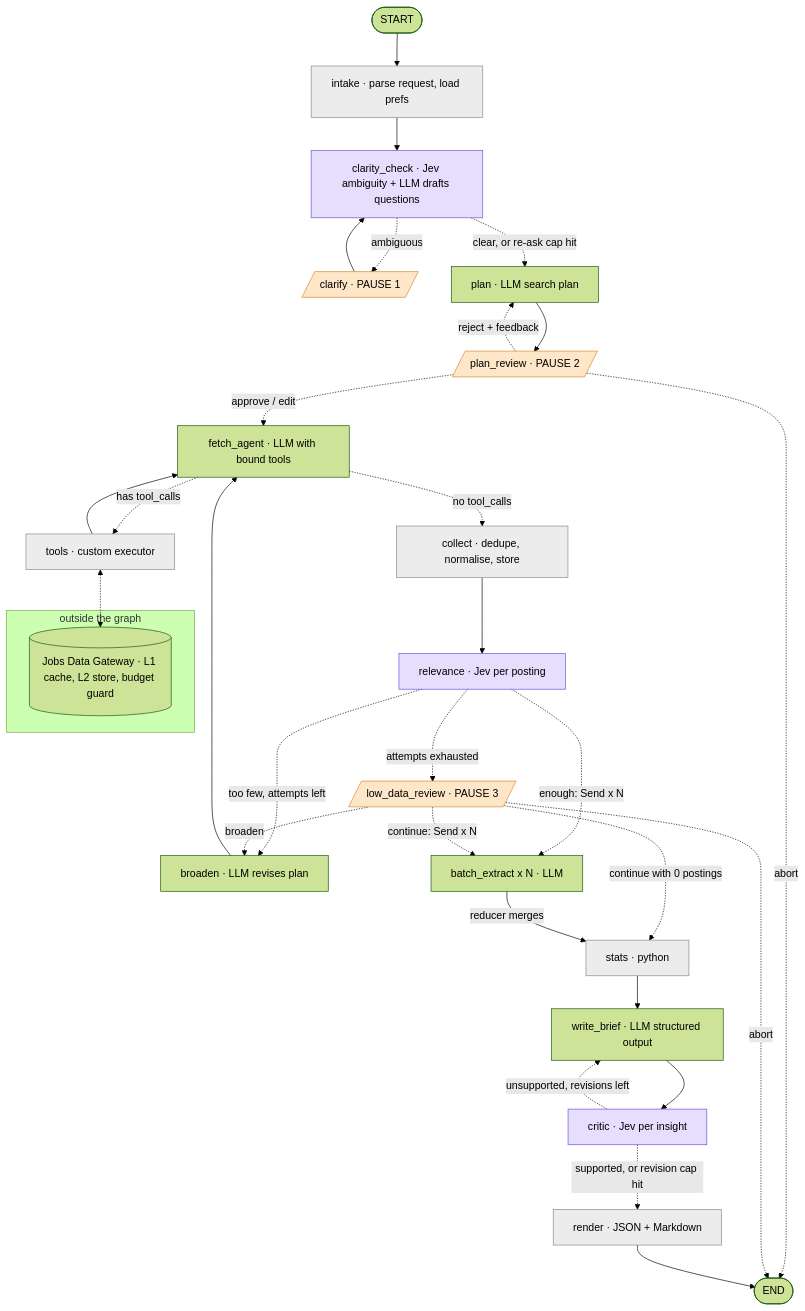
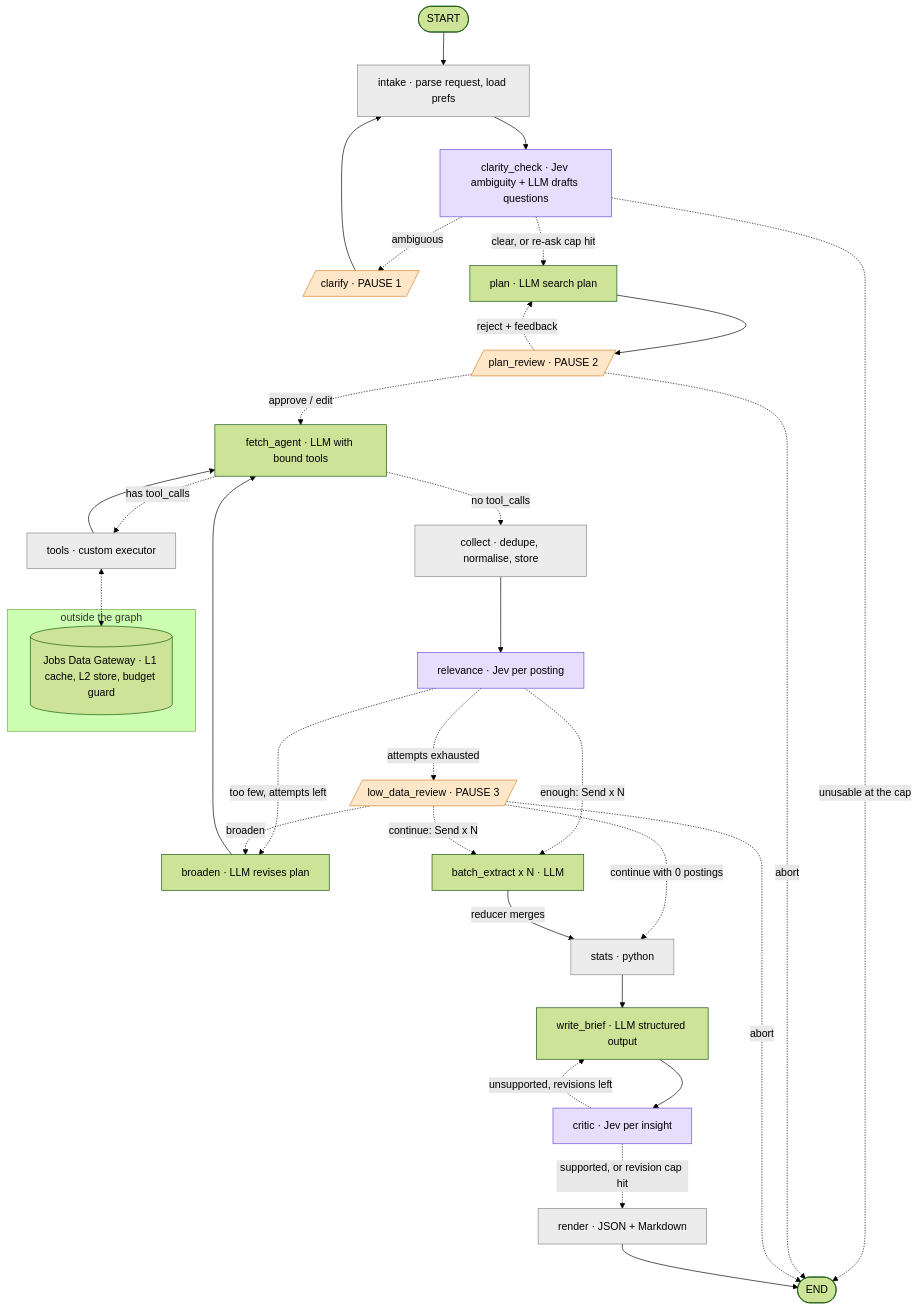
The second of 3 diagrams in docs/HLD.md (SmayanKulkarni/Joveo-Assignment-Smayan), drawn with Mermaid (forest theme) before and after one commit. The commit also changed other lines of this file and 5 other files, not shown here.

````diff
--- a/docs/HLD.md
+++ b/docs/HLD.md
@@ -68,59 +68,60 @@
 ```mermaid
 flowchart TD
   START([START])
   END_([END])
   intake[intake · parse request, load prefs]
   clarity_check[clarity_check · Jev ambiguity + LLM drafts questions]
   clarify[/clarify · PAUSE 1/]
   plan[plan · LLM search plan]
   plan_review[/plan_review · PAUSE 2/]
   fetch_agent[fetch_agent · LLM with bound tools]
   tools[tools · custom executor]
   collect[collect · dedupe, normalise, store]
   relevance[relevance · Jev per posting]
   broaden[broaden · LLM revises plan]
   low_data_review[/low_data_review · PAUSE 3/]
   batch_extract[batch_extract x N · LLM]
   stats[stats · python]
   write_brief[write_brief · LLM structured output]
   critic[critic · Jev per insight]
   render[render · JSON + Markdown]
 
   subgraph outside [outside the graph]
     gw[(Jobs Data Gateway · L1 cache, L2 store, budget guard)]
   end
 
   START --> intake --> clarity_check
   clarity_check -.->|"clear, or re-ask cap hit"| plan
   clarity_check -.->|"ambiguous"| clarify
-  clarify --> clarity_check
+  clarity_check -.->|"unusable at the cap"| END_
+  clarify --> intake
   plan --> plan_review
   plan_review -.->|"approve / edit"| fetch_agent
   plan_review -.->|"reject + feedback"| plan
   plan_review -.->|"abort"| END_
   fetch_agent -.->|"has tool_calls"| tools
   fetch_agent -.->|"no tool_calls"| collect
   tools --> fetch_agent
   tools <-.-> gw
   collect --> relevance
   relevance -.->|"enough: Send x N"| batch_extract
   relevance -.->|"too few, attempts left"| broaden
   relevance -.->|"attempts exhausted"| low_data_review
   broaden --> fetch_agent
   low_data_review -.->|"broaden"| broaden
   low_data_review -.->|"continue: Send x N"| batch_extract
   low_data_review -.->|"continue with 0 postings"| stats
   low_data_review -.->|"abort"| END_
   batch_extract -->|"reducer merges"| stats
   stats --> write_brief --> critic
   critic -.->|"unsupported, revisions left"| write_brief
   critic -.->|"supported, or revision cap hit"| render
   render --> END_
 
   classDef pause fill:#fde7c8,stroke:#d9822b,color:#000
   classDef jev fill:#e6defc,stroke:#6b4fd8,color:#000
   classDef code fill:#ececec,stroke:#888,color:#000
   class clarify,plan_review,low_data_review pause
   class clarity_check,relevance,critic jev
   class intake,collect,stats,render,tools code
 ```
````
